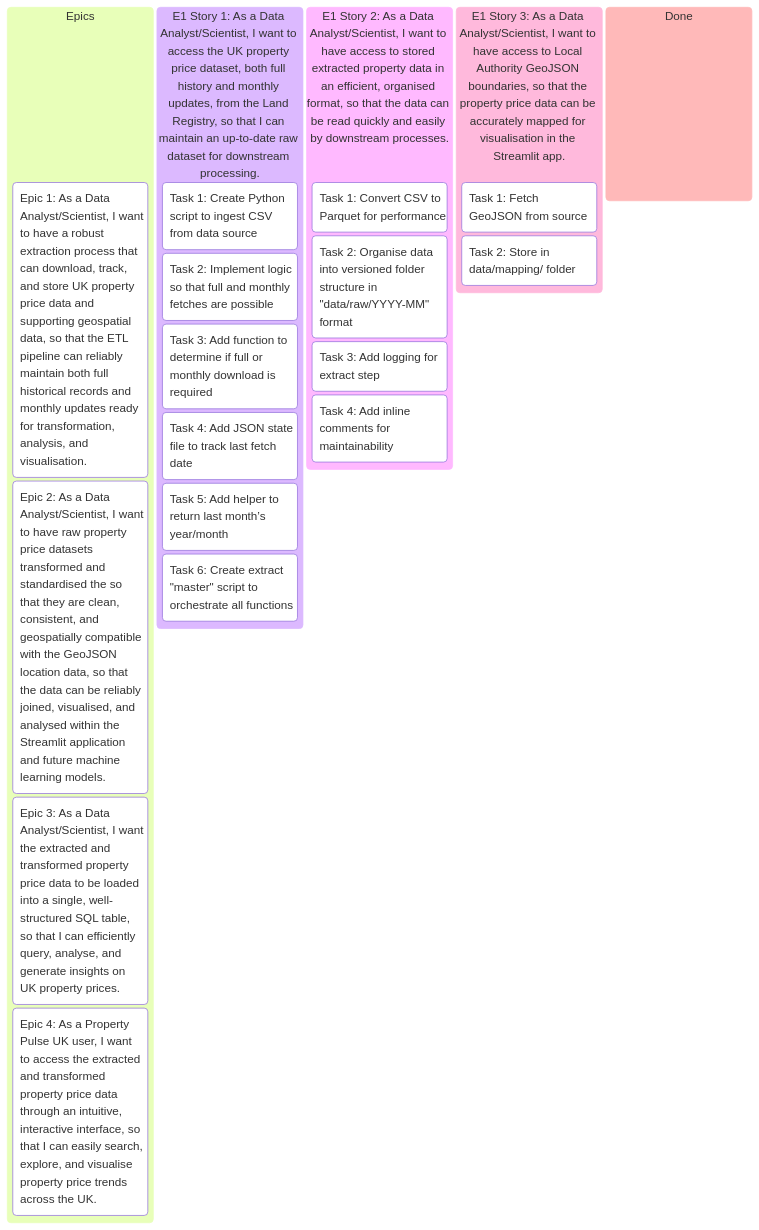
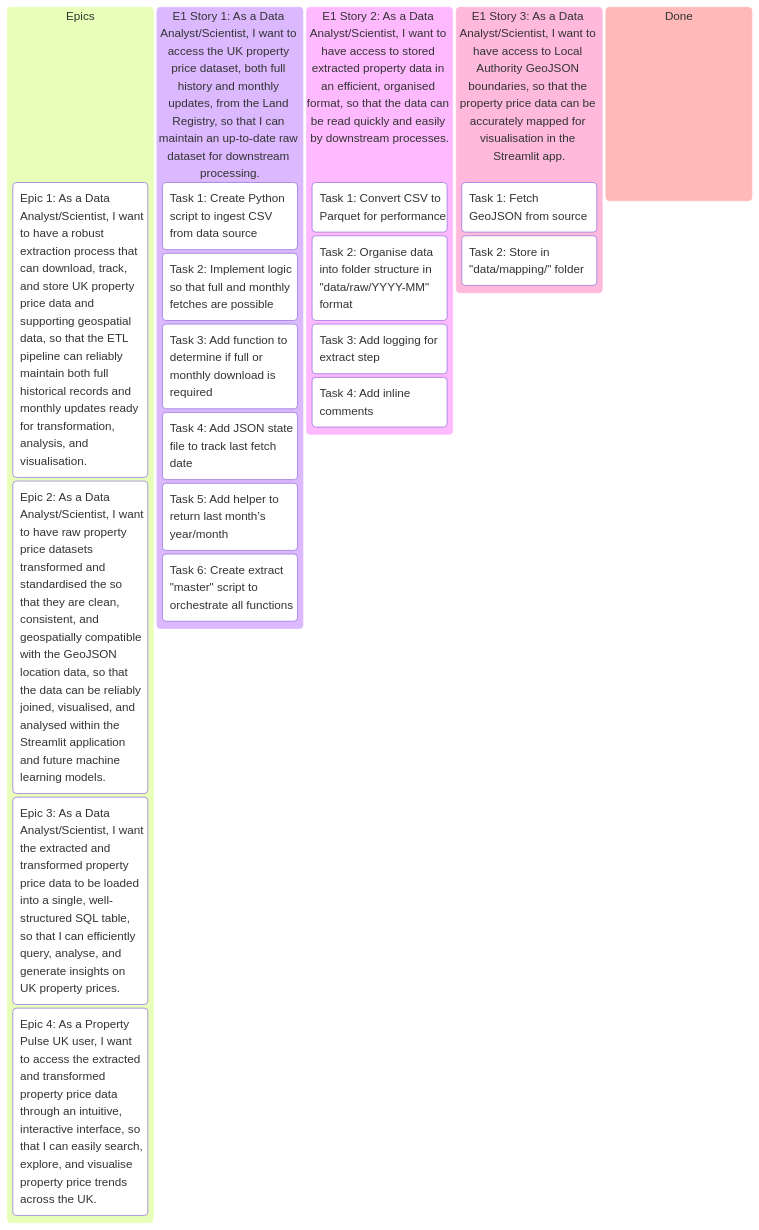
Before and after one commit to pavlekovic/property-pulse-uk: the first of 2 diagrams in README.md, drawn with Mermaid. The commit also changed other lines of this file, not shown here.

Commit message:
README update 6, mapping folder

````diff
--- a/README.md
+++ b/README.md
@@ -178,31 +179,31 @@
 ```mermaid
 kanban
     Epics
         (Epic 1: As a Data Analyst/Scientist, I want to have a robust extraction process that can download, track, and store UK property price data and supporting geospatial data, so that the ETL pipeline can reliably maintain both full historical records and monthly updates ready for transformation, analysis, and visualisation.)
 
         (Epic 2: As a Data Analyst/Scientist, I want to have raw property price datasets transformed and standardised the so that they are clean, consistent, and geospatially compatible with the GeoJSON location data, so that the data can be reliably joined, visualised, and analysed within the Streamlit application and future machine learning models.)
 
         (Epic 3: As a Data Analyst/Scientist, I want the extracted and transformed property price data to be loaded into a single, well-structured SQL table, so that I can efficiently query, analyse, and generate insights on UK property prices.)
 
         (Epic 4: As a Property Pulse UK user, I want to access the extracted and transformed property price data through an intuitive, interactive interface, so that I can easily search, explore, and visualise property price trends across the UK.)
 
     (E1 Story 1: As a Data Analyst/Scientist, I want to access the UK property price dataset, both full history and monthly updates, from the Land Registry, so that I can maintain an up-to-date raw dataset for downstream processing.)
         Task 1: Create Python script to ingest CSV from data source
         Task 2: Implement logic so that full and monthly fetches are possible
         Task 3: Add function to determine if full or monthly download is required
         Task 4: Add JSON state file to track last fetch date
         Task 5: Add helper to return last month’s year/month
         Task 6: Create extract "master" script to orchestrate all functions
 
     (E1 Story 2: As a Data Analyst/Scientist, I want to have access to stored extracted property data in an efficient, organised format, so that the data can be read quickly and easily by downstream processes.)
         Task 1: Convert CSV to Parquet for performance
-        Task 2: Organise data into versioned folder structure in "data/raw/YYYY-MM" format
+        Task 2: Organise data into folder structure in "data/raw/YYYY-MM" format
         Task 3: Add logging for extract step
-        Task 4: Add inline comments for maintainability
+        Task 4: Add inline comments
 
     (E1 Story 3: As a Data Analyst/Scientist, I want to have access to Local Authority GeoJSON boundaries, so that the property price data can be accurately mapped for visualisation in the Streamlit app.)
         Task 1: Fetch GeoJSON from source
-        Task 2: Store in data/mapping/ folder
+        Task 2: Store in "data/mapping/" folder
 
     Done
 ```
````
